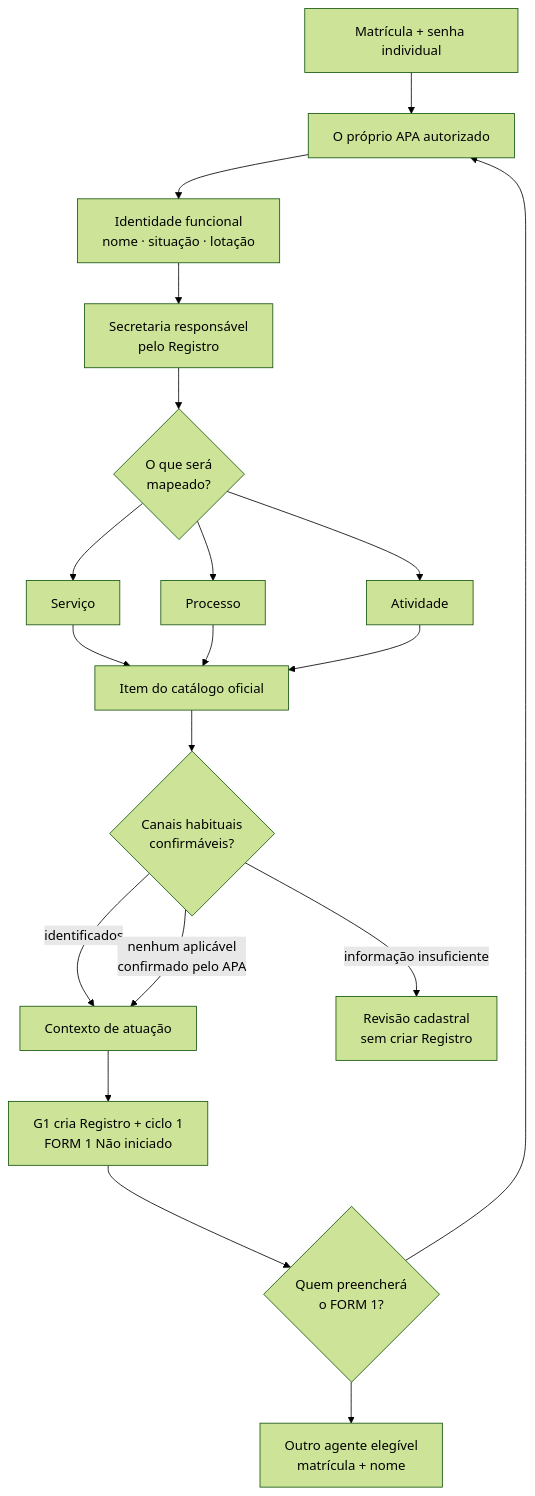
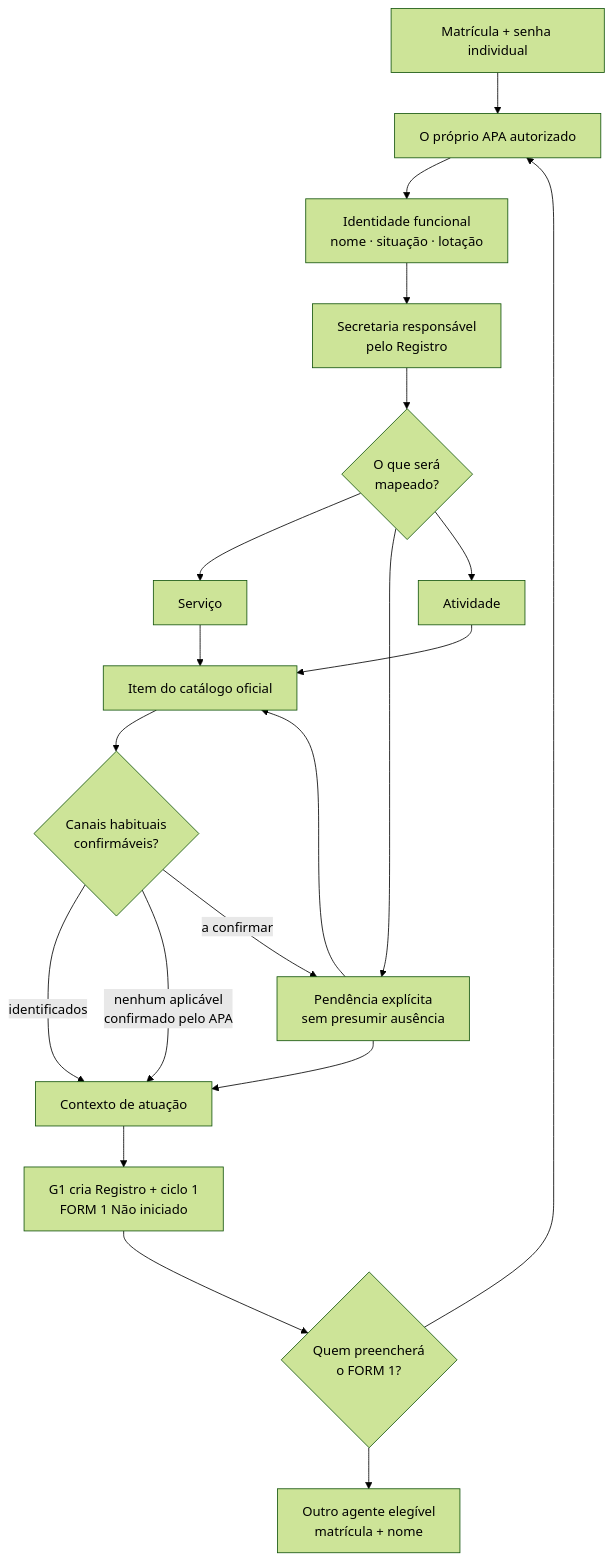
The first of 3 diagrams in docs/arquitetura/CONTRATO_IDENTIDADE_E_CONTEXTO_INICIAL.md (ailtonfv/governanca-lgpd-hortolandia), drawn with Mermaid (forest theme) before and after one commit. The commit also changed other lines of this file and 14 other files, not shown here.

````diff
--- a/docs/arquitetura/CONTRATO_IDENTIDADE_E_CONTEXTO_INICIAL.md
+++ b/docs/arquitetura/CONTRATO_IDENTIDADE_E_CONTEXTO_INICIAL.md
@@ -23,21 +23,22 @@
 ```mermaid
 flowchart TD
     E["Matrícula + senha individual"] --> A["Autenticação institucional"]
     A --> I["Identidade funcional<br/>nome · situação · lotação"]
     I --> U["Secretaria responsável<br/>pelo Registro"]
     U --> T{"O que será<br/>mapeado?"}
     T --> S["Serviço"]
     T --> P["Processo"]
     T --> V["Atividade"]
     S --> C["Item do catálogo oficial"]
     P --> C
     V --> C
     C --> K{"Canais habituais<br/>confirmáveis?"}
     K -- "identificados" --> X["Contexto de atuação"]
     K -- "nenhum aplicável<br/>confirmado pelo APA" --> X
-    K -- "informação insuficiente" --> R["Revisão cadastral<br/>sem criar Registro"]
+    K -- "a confirmar" --> P["Pendência explícita<br/>sem presumir ausência"]
     X --> G["G1 cria Registro + ciclo 1<br/>FORM 1 Não iniciado"]
+    P --> X
     G --> D{"Quem preencherá<br/>o FORM 1?"}
     D --> A["O próprio APA autorizado"]
     D --> O["Outro agente elegível<br/>matrícula + nome"]
 ```
````
